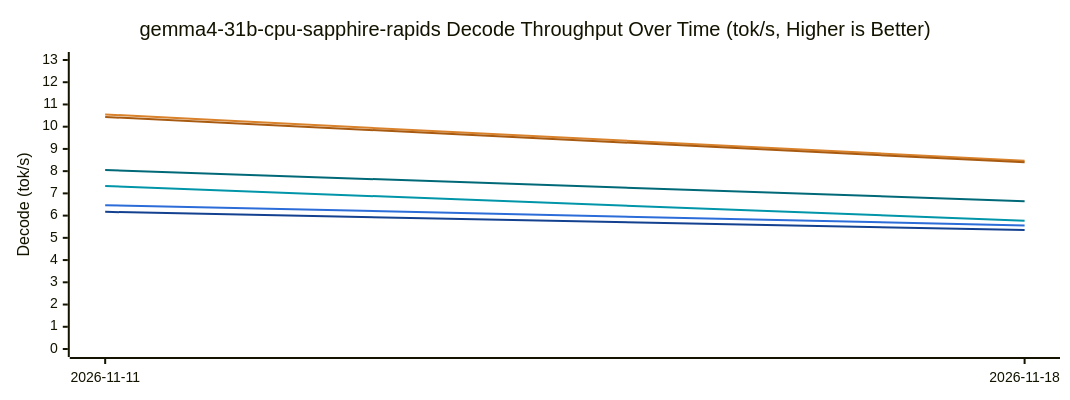
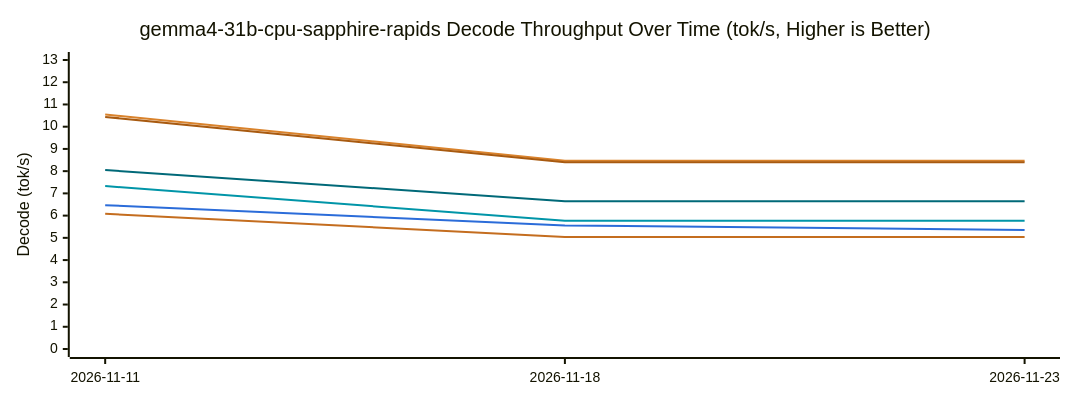
One commit to mariecwhite/ai-edge-bench changed the fourth of 4 diagrams in model/dashboards/README.md. Above: the diagram before and after it, drawn with Mermaid. The commit also changed other lines of this file and 25 other files, not shown here.

````diff
--- a/model/dashboards/README.md
+++ b/model/dashboards/README.md
@@ -110,13 +110,13 @@
 ```mermaid
-%%{init: {"xyChart": {"width": 1050, "height": 380}, "themeVariables": {"xyChart": {"plotColorPalette": "#d9822b, #a85a10, #006978, #0095a8, #2b6cd9, #13408f"}}}}%%
+%%{init: {"xyChart": {"width": 1050, "height": 380}, "themeVariables": {"xyChart": {"plotColorPalette": "#d9822b, #a85a10, #006978, #0095a8, #2b6cd9, #c46d1f"}}}}%%
 xychart-beta
     title "gemma4-31b-cpu-sapphire-rapids Decode Throughput Over Time (tok/s, Higher is Better)"
-    x-axis ["2026-11-11", "2026-11-18"]
+    x-axis ["2026-11-11", "2026-11-18", "2026-11-23"]
     y-axis "Decode (tok/s)" 0 --> 13
-    line "llama.cpp/matched" [10.55, 8.47]
-    line "llama.cpp/fastest" [10.44, 8.4]
-    line "openvino/fastest" [8.05, 6.65]
-    line "openvino/matched" [7.33, 5.77]
-    line "litert-lm/matched" [6.47, 5.56]
-    line "litert-lm/fastest" [6.17, 5.35]
+    line "llama.cpp/matched" [10.55, 8.47, 8.47]
+    line "llama.cpp/fastest" [10.44, 8.4, 8.4]
+    line "openvino/fastest" [8.05, 6.65, 6.65]
+    line "openvino/matched" [7.33, 5.77, 5.77]
+    line "litert-lm/matched" [6.47, 5.56, 5.35]
+    line "llama.cpp/q8_0" [6.08, 5.04, 5.04]
 ```
````
